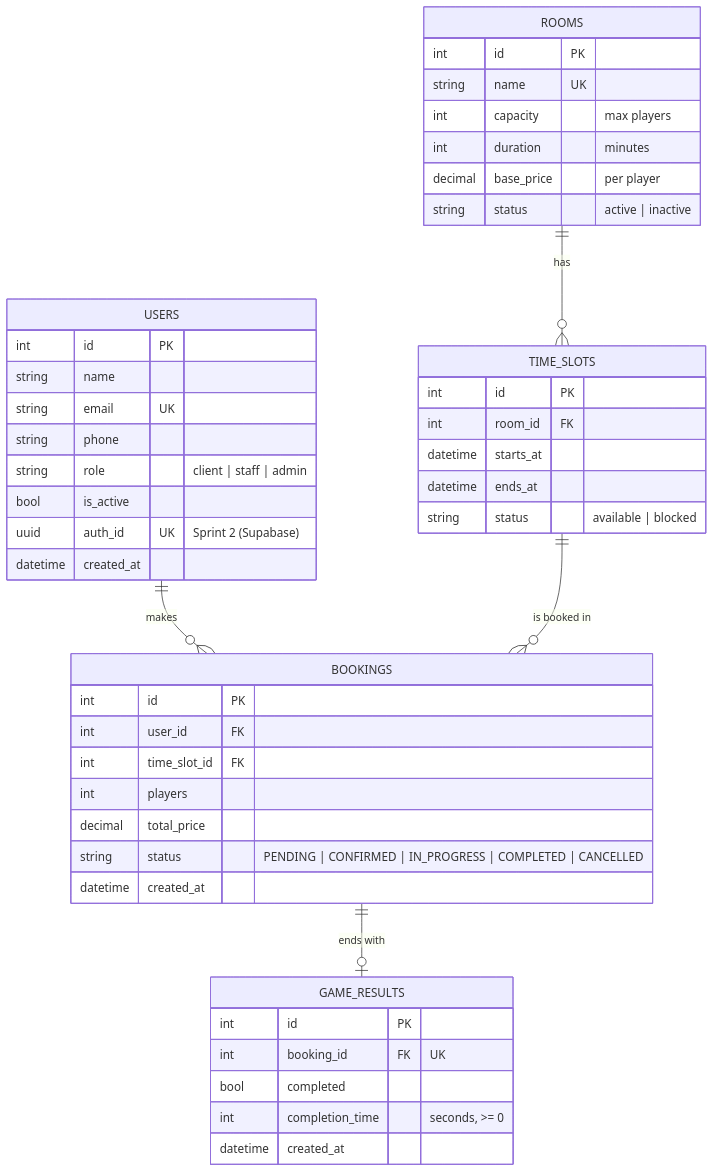
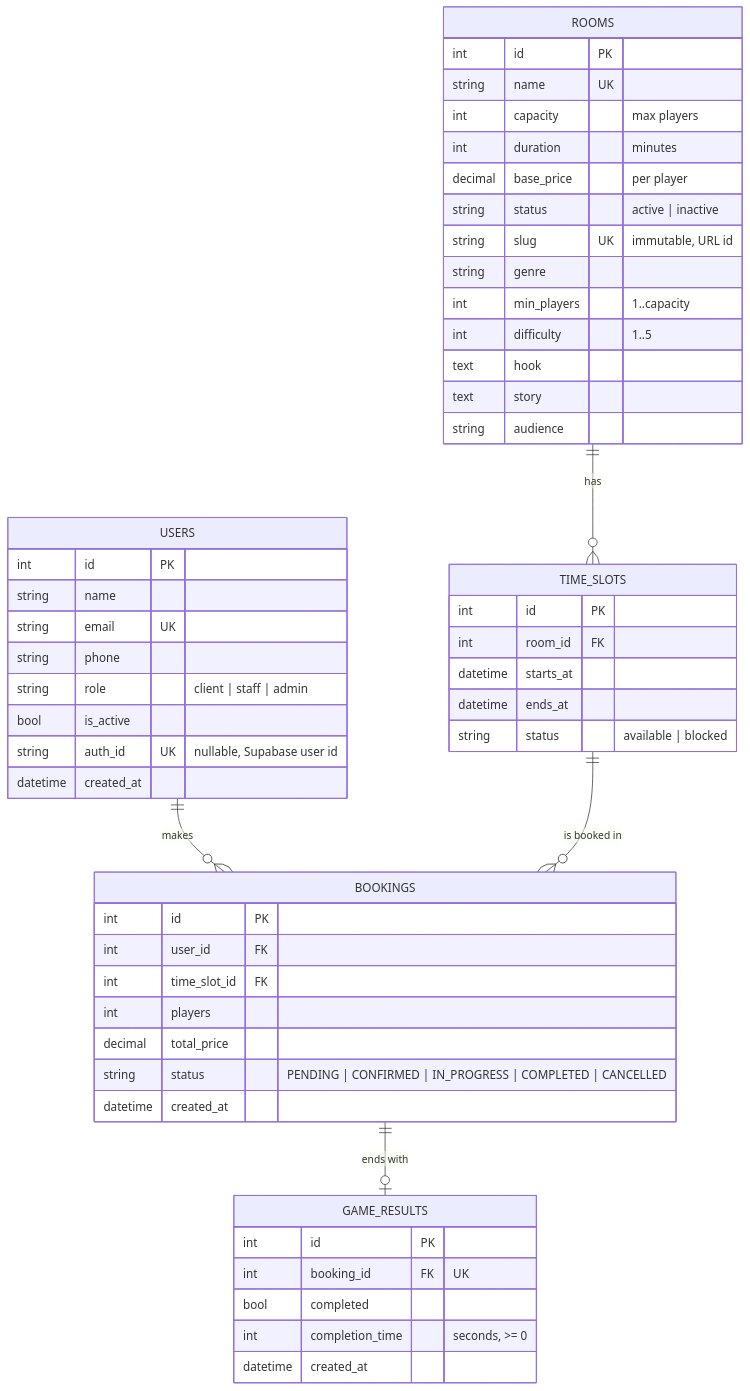
Before and after one commit to IA-P1-BCN/g5-python-crud-api: the first of 7 diagrams in docs/DIAGRAMS.md, drawn with Mermaid. The commit also changed other lines of this file, not shown here.

Commit message:
docs(diagrams): update MVP ER diagram to match current models and migrations

````diff
--- a/docs/DIAGRAMS.md
+++ b/docs/DIAGRAMS.md
@@ -9,49 +9,56 @@
 ```mermaid
 erDiagram
     USERS ||--o{ BOOKINGS : makes
     ROOMS ||--o{ TIME_SLOTS : has
     TIME_SLOTS ||--o{ BOOKINGS : "is booked in"
     BOOKINGS ||--o| GAME_RESULTS : "ends with"
 
     USERS {
         int id PK
         string name
         string email UK
         string phone
         string role "client | staff | admin"
         bool is_active
-        uuid auth_id UK "Sprint 2 (Supabase)"
+        string auth_id UK "nullable, Supabase user id"
         datetime created_at
     }
     ROOMS {
         int id PK
         string name UK
         int capacity "max players"
         int duration "minutes"
         decimal base_price "per player"
         string status "active | inactive"
+        string slug UK "immutable, URL id"
+        string genre
+        int min_players "1..capacity"
+        int difficulty "1..5"
+        text hook
+        text story
+        string audience
     }
     TIME_SLOTS {
         int id PK
         int room_id FK
         datetime starts_at
         datetime ends_at
         string status "available | blocked"
     }
     BOOKINGS {
         int id PK
         int user_id FK
         int time_slot_id FK
         int players
         decimal total_price
         string status "PENDING | CONFIRMED | IN_PROGRESS | COMPLETED | CANCELLED"
         datetime created_at
     }
     GAME_RESULTS {
         int id PK
         int booking_id FK "UK"
         bool completed
         int completion_time "seconds, >= 0"
         datetime created_at
     }
 ```
````
